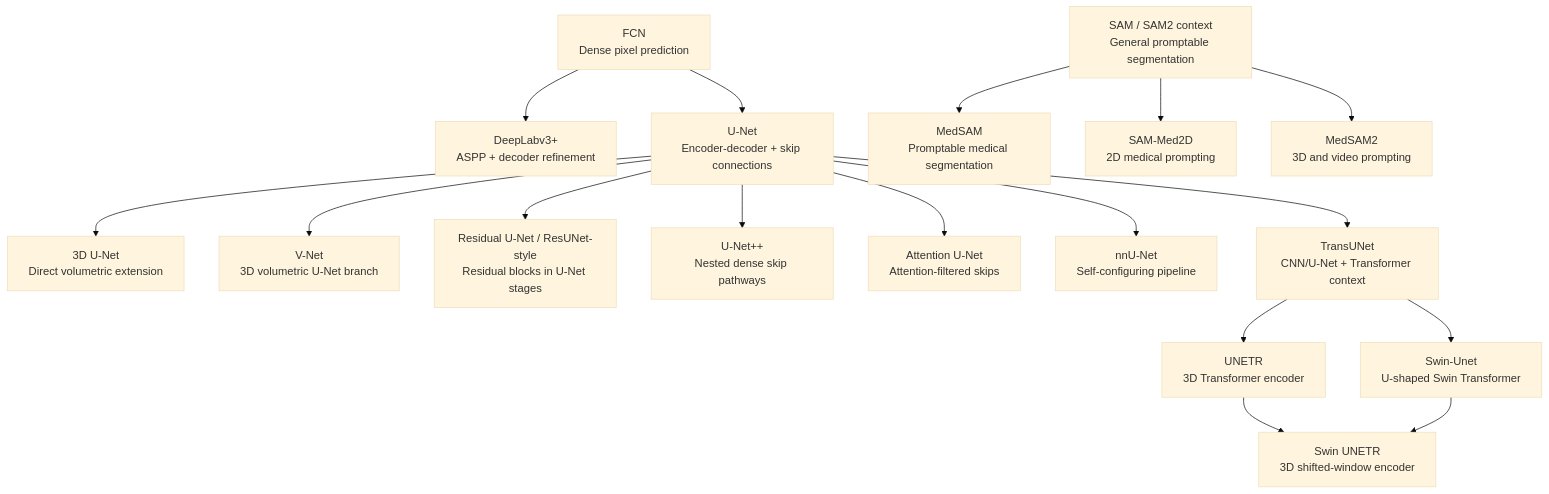
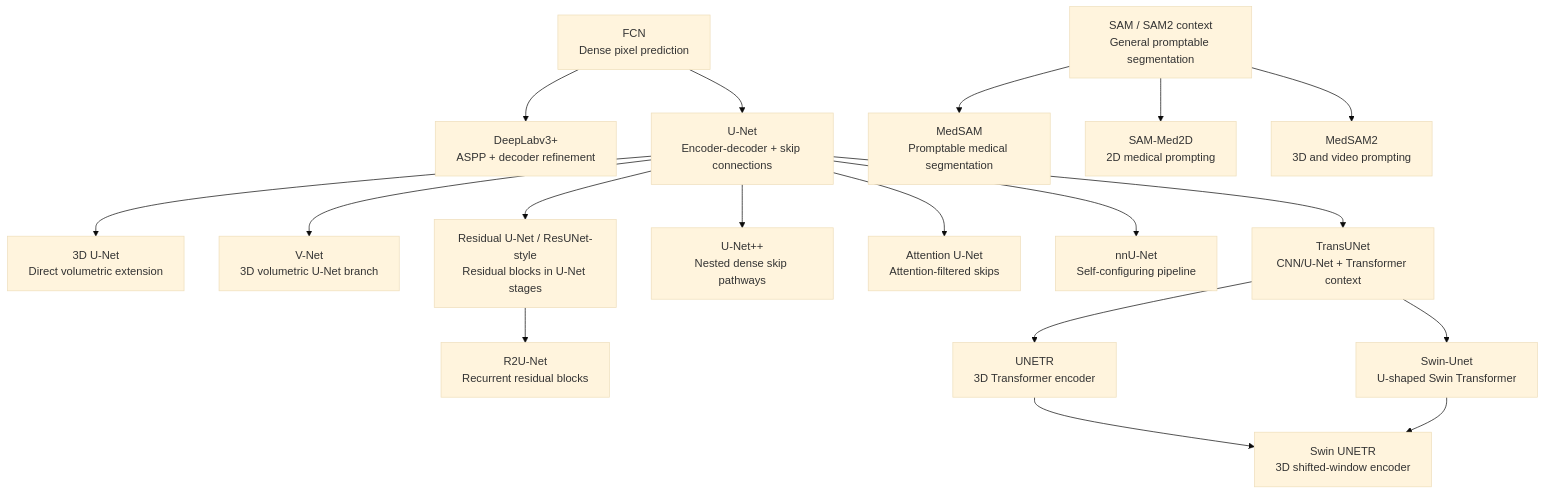
The diagram in docs/evolution/lineage.md (LeonSilva15/medical-image-segmentation-architectures), drawn with Mermaid (base theme) before and after one commit. The commit also changed 8 other files, not shown here.

Commit message:
docs(architectures): add r2u-net reference entry

````diff
--- a/docs/evolution/lineage.md
+++ b/docs/evolution/lineage.md
@@ -7,37 +7,39 @@
 ```mermaid
 graph TD
     FCN["FCN<br/>Dense pixel prediction"]
     DeepLabV3Plus["DeepLabv3+<br/>ASPP + decoder refinement"]
     UNet["U-Net<br/>Encoder-decoder + skip connections"]
     UNet3D["3D U-Net<br/>Direct volumetric extension"]
     VNet["V-Net<br/>3D volumetric U-Net branch"]
     ResUNetStyle["Residual U-Net / ResUNet-style<br/>Residual blocks in U-Net stages"]
+    R2UNet["R2U-Net<br/>Recurrent residual blocks"]
     UNetPP["U-Net++<br/>Nested dense skip pathways"]
     AttUNet["Attention U-Net<br/>Attention-filtered skips"]
     nnUNet["nnU-Net<br/>Self-configuring pipeline"]
     TransUNet["TransUNet<br/>CNN/U-Net + Transformer context"]
     SwinUnet["Swin-Unet<br/>U-shaped Swin Transformer"]
     UNETR["UNETR<br/>3D Transformer encoder"]
     SwinUNETR["Swin UNETR<br/>3D shifted-window encoder"]
     SAMRoot["SAM / SAM2 context<br/>General promptable segmentation"]
     MedSAM["MedSAM<br/>Promptable medical segmentation"]
     SAMMed2D["SAM-Med2D<br/>2D medical prompting"]
     MedSAM2["MedSAM2<br/>3D and video prompting"]
 
     FCN --> UNet
     FCN --> DeepLabV3Plus
     UNet --> UNet3D
     UNet --> VNet
     UNet --> ResUNetStyle
     UNet --> UNetPP
     UNet --> AttUNet
     UNet --> nnUNet
     UNet --> TransUNet
+    ResUNetStyle --> R2UNet
     TransUNet --> SwinUnet
     TransUNet --> UNETR
     UNETR --> SwinUNETR
     SwinUnet --> SwinUNETR
     SAMRoot --> MedSAM
     SAMRoot --> SAMMed2D
     SAMRoot --> MedSAM2
 ```
````
